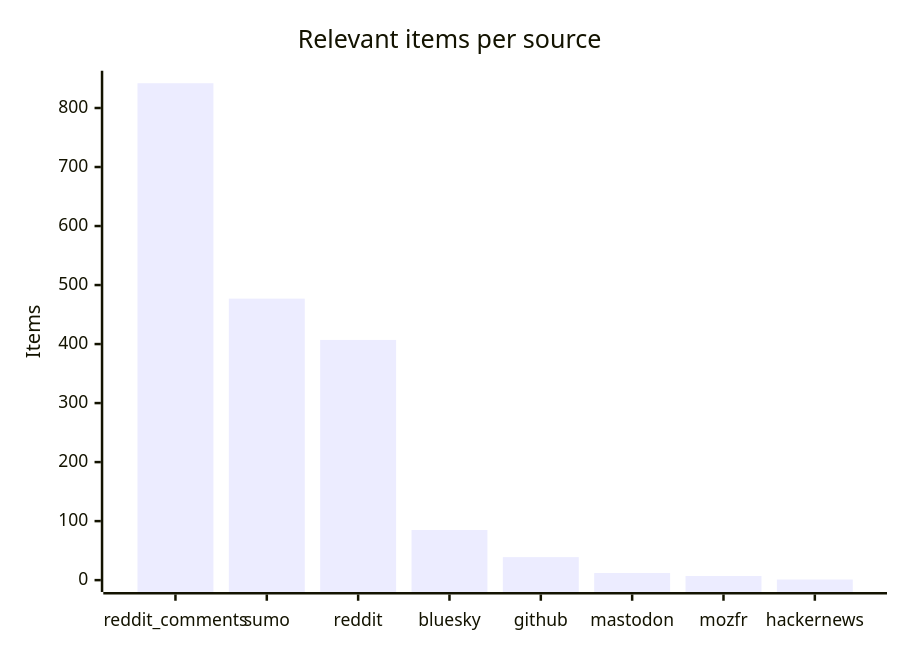
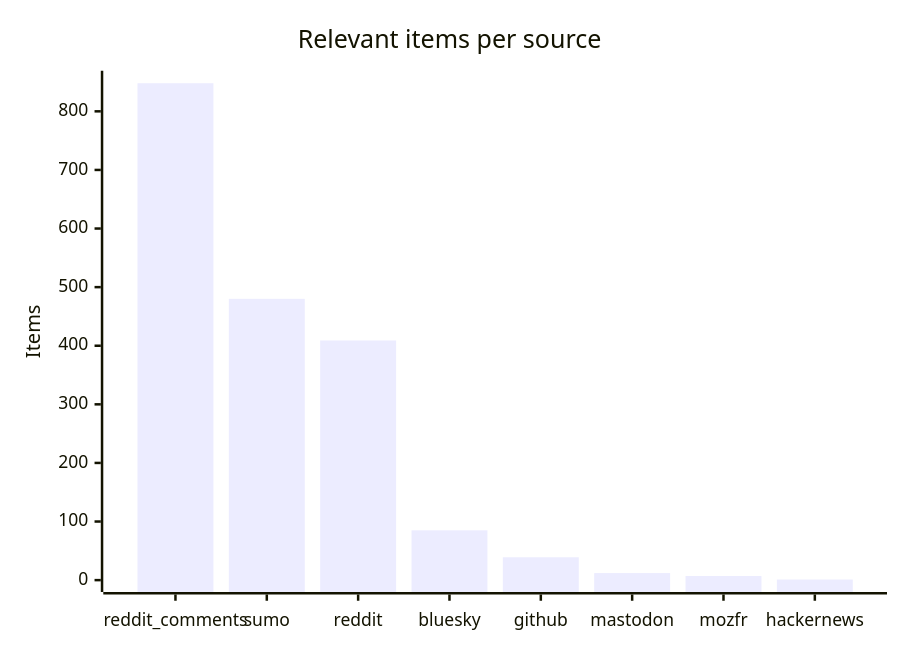
One commit to martinbalfanz/social-scanner-reports changed the third of 4 diagrams in README.md. Above: the diagram before and after it, drawn with Mermaid. The commit also changed other lines of this file and 4 other files, not shown here.

````diff
--- a/README.md
+++ b/README.md
@@ -48,7 +48,7 @@
 ```mermaid
 xychart-beta
     title "Relevant items per source"
     x-axis ["reddit_comments", "sumo", "reddit", "bluesky", "github", "mastodon", "mozfr", "hackernews"]
-    y-axis "Items" 0 --> 843
-    bar [842, 477, 407, 85, 39, 12, 7, 1]
+    y-axis "Items" 0 --> 849
+    bar [848, 480, 409, 85, 39, 12, 7, 1]
 ```
````
